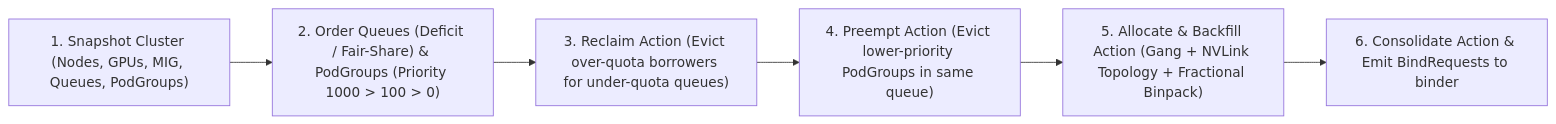
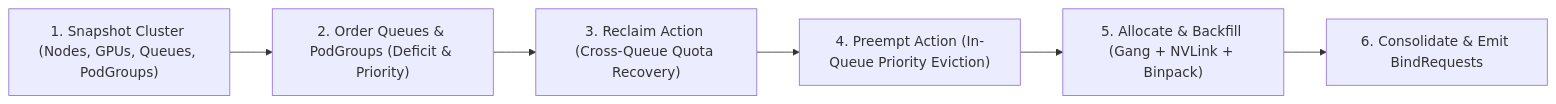
Before and after one commit to jithinpnjm/ai-infra-handbook: the second of 2 diagrams in docs/part-11-gpu-kubernetes/14-kai-scheduler-architecture-and-resources.md, drawn with Mermaid. The commit also changed other lines of this file and 503 other files, not shown here.

````diff
--- a/docs/part-11-gpu-kubernetes/14-kai-scheduler-architecture-and-resources.md
+++ b/docs/part-11-gpu-kubernetes/14-kai-scheduler-architecture-and-resources.md
@@ -126,8 +142,8 @@
 ```mermaid
 flowchart LR
-    S1["1. Snapshot Cluster (Nodes, GPUs, MIG, Queues, PodGroups)"] --> S2["2. Order Queues (Deficit / Fair-Share) & PodGroups (Priority 1000 > 100 > 0)"]
-    S2 --> S3["3. Reclaim Action (Evict over-quota borrowers for under-quota queues)"]
-    S3 --> S4["4. Preempt Action (Evict lower-priority PodGroups in same queue)"]
-    S4 --> S5["5. Allocate & Backfill Action (Gang + NVLink Topology + Fractional Binpack)"]
-    S5 --> S6["6. Consolidate Action & Emit BindRequests to binder"]
+    S1["1. Snapshot Cluster (Nodes, GPUs, Queues, PodGroups)"] --> S2["2. Order Queues & PodGroups (Deficit & Priority)"]
+    S2 --> S3["3. Reclaim Action (Cross-Queue Quota Recovery)"]
+    S3 --> S4["4. Preempt Action (In-Queue Priority Eviction)"]
+    S4 --> S5["5. Allocate & Backfill (Gang + NVLink + Binpack)"]
+    S5 --> S6["6. Consolidate & Emit BindRequests"]
 ```
````
